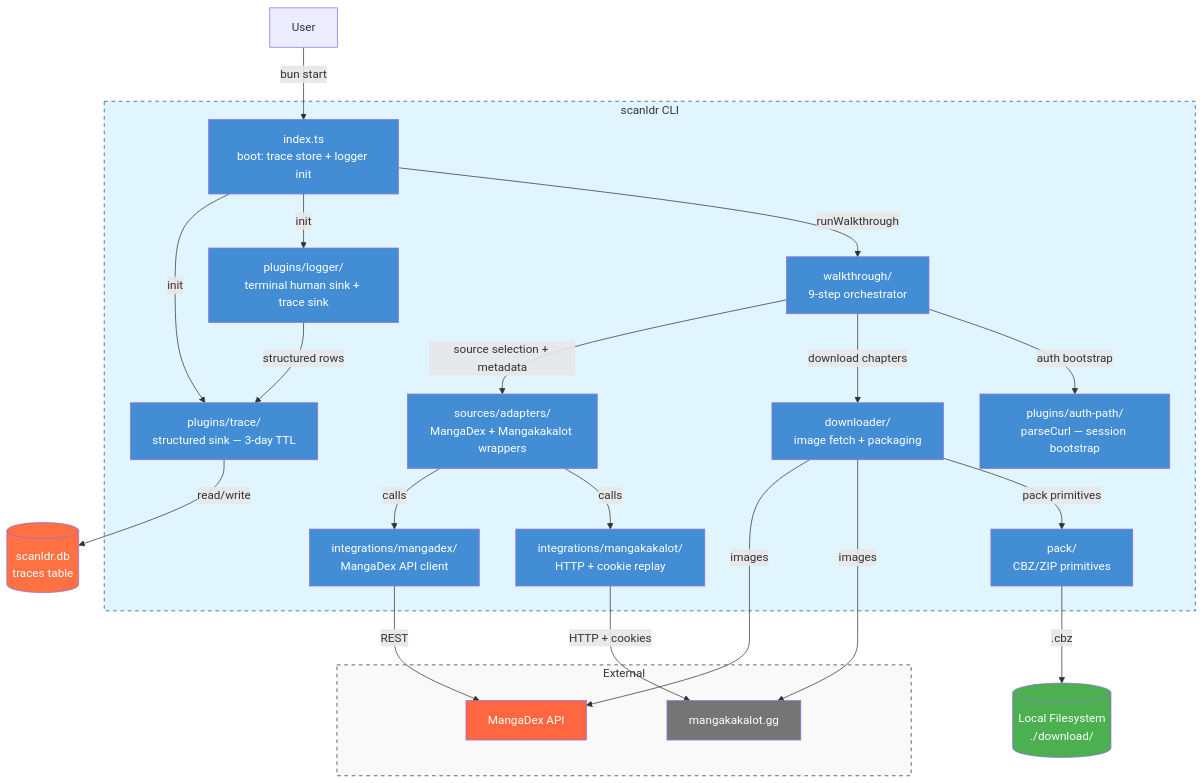
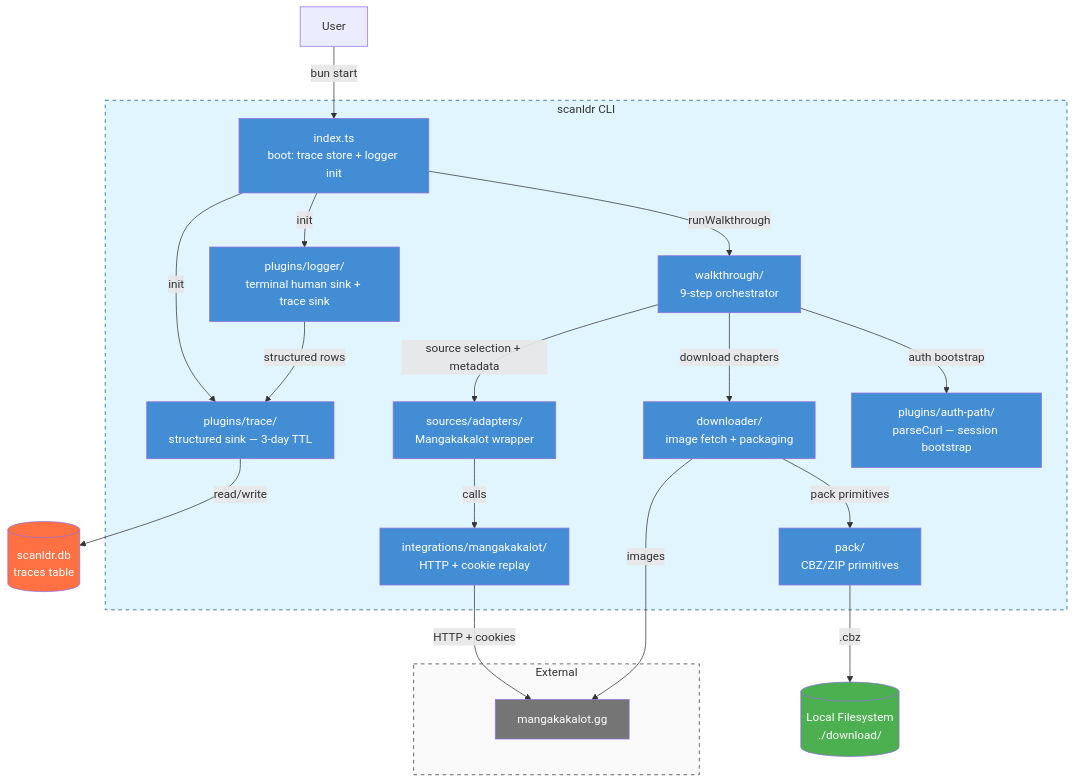
The second of 2 diagrams in docs/architecture_c4.md (malaquiasdev/scanldr), drawn with Mermaid before and after one commit. The commit also changed other lines of this file and 43 other files, not shown here.

First line of the commit message:
refactor(sources): retire the mangadex source adapter (Phase A) (#178)

````diff
--- a/docs/architecture_c4.md
+++ b/docs/architecture_c4.md
@@ -35,63 +34,56 @@
 ```mermaid
 graph TD
     User[User]
 
     subgraph scanldr [scanldr CLI]
         Index[index.ts<br/>boot: trace store + logger init]
         Walkthrough[walkthrough/<br/>9-step orchestrator]
-        SourceAdapters[sources/adapters/<br/>MangaDex + Mangakakalot wrappers]
-        MangaDexClient[integrations/mangadex/<br/>MangaDex API client]
+        SourceAdapters[sources/adapters/<br/>Mangakakalot wrapper]
         MangakakalotClient[integrations/mangakakalot/<br/>HTTP + cookie replay]
         Downloader[downloader/<br/>image fetch + packaging]
         Pack[pack/<br/>CBZ/ZIP primitives]
         TraceStore[plugins/trace/<br/>structured sink — 3-day TTL]
         Logger[plugins/logger/<br/>terminal human sink + trace sink]
         AuthPath[plugins/auth-path/<br/>parseCurl — session bootstrap]
     end
 
     subgraph External
-        MangaDex[MangaDex API]
         FallbackSite[mangakakalot.gg]
     end
 
     DB[(scanldr.db<br/>traces table)]
     FS[(Local Filesystem<br/>./download/)]
 
     User -->|bun start| Index
     Index -->|init| TraceStore
     Index -->|init| Logger
     Index -->|runWalkthrough| Walkthrough
 
     Walkthrough -->|source selection + metadata| SourceAdapters
-    SourceAdapters -->|calls| MangaDexClient
     SourceAdapters -->|calls| MangakakalotClient
-    MangaDexClient -->|REST| MangaDex
     MangakakalotClient -->|HTTP + cookies| FallbackSite
 
     Walkthrough -->|download chapters| Downloader
-    Downloader -->|images| MangaDex
     Downloader -->|images| FallbackSite
     Downloader -->|pack primitives| Pack
     Pack -->|.cbz| FS
 
     Walkthrough -->|auth bootstrap| AuthPath
     Logger -->|structured rows| TraceStore
     TraceStore -->|read/write| DB
 
     style scanldr fill:#e1f5fe,stroke:#01579b,stroke-dasharray: 5 5
     style External fill:#f9f9f9,stroke:#333,stroke-dasharray: 5 5
     style Index fill:#438dd5,color:#fff
     style Walkthrough fill:#438dd5,color:#fff
     style SourceAdapters fill:#438dd5,color:#fff
-    style MangaDexClient fill:#438dd5,color:#fff
     style MangakakalotClient fill:#438dd5,color:#fff
     style Downloader fill:#438dd5,color:#fff
     style Pack fill:#438dd5,color:#fff
     style TraceStore fill:#438dd5,color:#fff
     style Logger fill:#438dd5,color:#fff
     style AuthPath fill:#438dd5,color:#fff
-    style MangaDex fill:#ff6740,color:#fff
     style FallbackSite fill:#757575,color:#fff
     style DB fill:#ff7043,color:#fff
     style FS fill:#4caf50,color:#fff
 ```
````
